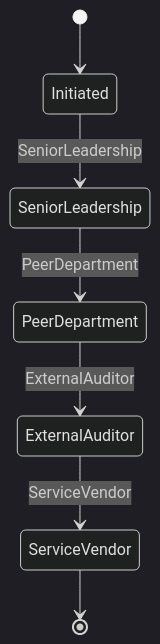
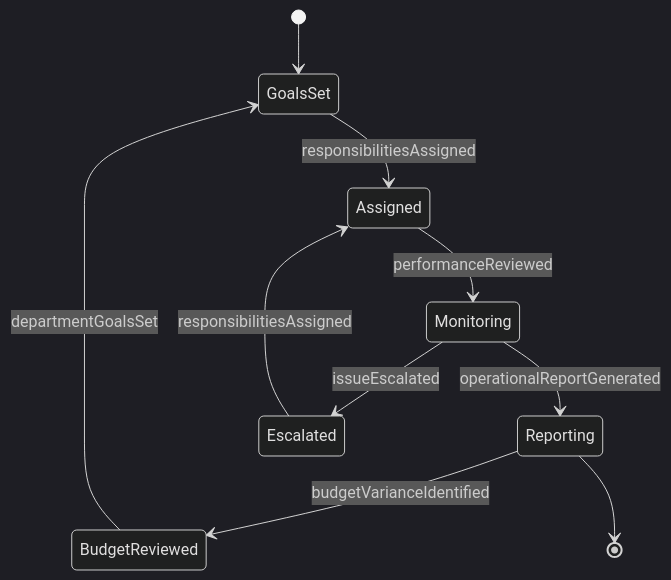
One commit to dot-org-ai/tasks.org.ai changed the second of 4 diagrams in GuidingDirectingAndMotivatingSubordinates/DirectOrganizationalOperationsActivitiesOrProcedures/DirectDepartmentActivities.mdx. Above: the diagram before and after it, drawn with Mermaid (dark theme). The commit also changed other lines of this file and 515 other files, not shown here.

````diff
--- a/GuidingDirectingAndMotivatingSubordinates/DirectOrganizationalOperationsActivitiesOrProcedures/DirectDepartmentActivities.mdx
+++ b/GuidingDirectingAndMotivatingSubordinates/DirectOrganizationalOperationsActivitiesOrProcedures/DirectDepartmentActivities.mdx
@@ -101,9 +102,12 @@
 ```mermaid
 stateDiagram-v2
-    [*] --> Initiated
-    Initiated --> SeniorLeadership: SeniorLeadership
-    SeniorLeadership --> PeerDepartment: PeerDepartment
-    PeerDepartment --> ExternalAuditor: ExternalAuditor
-    ExternalAuditor --> ServiceVendor: ServiceVendor
-    ServiceVendor --> [*]
+    [*] --> GoalsSet
+    GoalsSet --> Assigned : responsibilitiesAssigned
+    Assigned --> Monitoring : performanceReviewed
+    Monitoring --> Reporting : operationalReportGenerated
+    Monitoring --> Escalated : issueEscalated
+    Escalated --> Assigned : responsibilitiesAssigned
+    Reporting --> BudgetReviewed : budgetVarianceIdentified
+    BudgetReviewed --> GoalsSet : departmentGoalsSet
+    Reporting --> [*]
 ```
````
